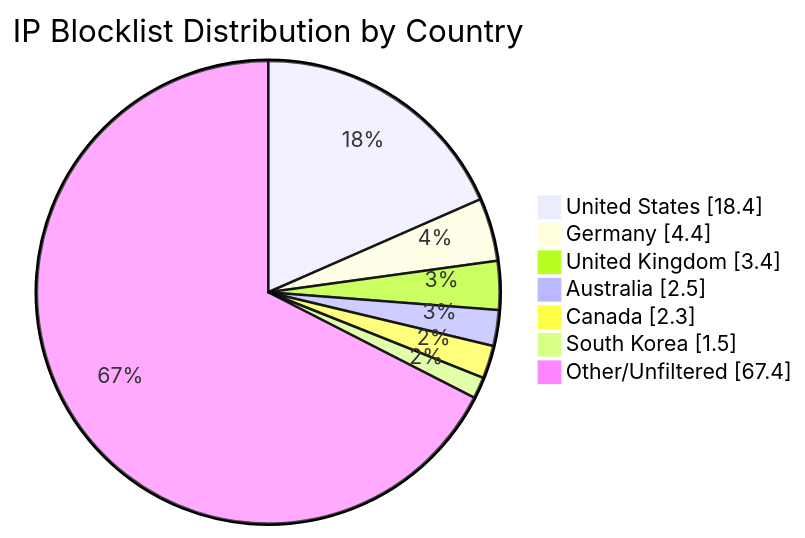
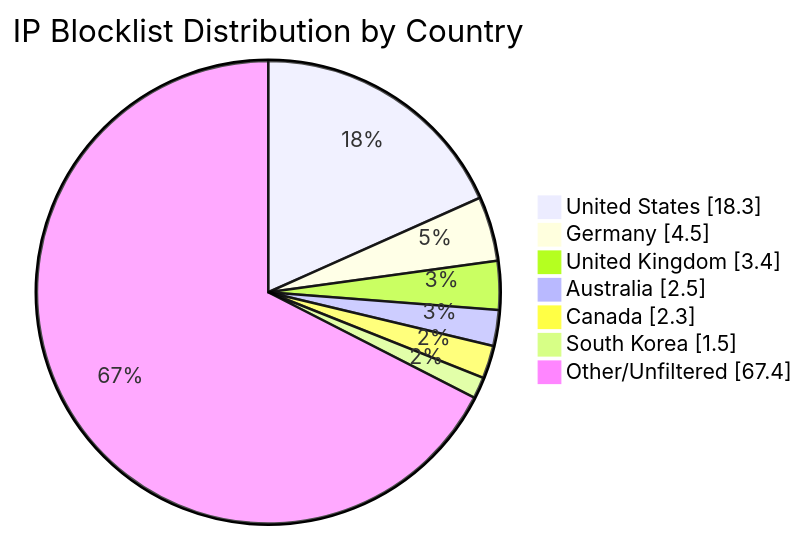
One commit to MarcusHoltz/ipblocklist-geofiltered-aggregator changed the diagram in README.md. Above: the diagram before and after it, drawn with Mermaid. The commit also changed other lines of this file and 9 other files, not shown here.

````diff
--- a/README.md
+++ b/README.md
@@ -34,10 +34,10 @@
 ```mermaid
 pie showData title IP Blocklist Distribution by Country
-"United States" : 18.4
-"Germany" : 4.4
+"United States" : 18.3
+"Germany" : 4.5
 "United Kingdom" : 3.4
 "Australia" : 2.5
 "Canada" : 2.3
 "South Korea" : 1.5
 "Other/Unfiltered" : 67.4
 ```
````
